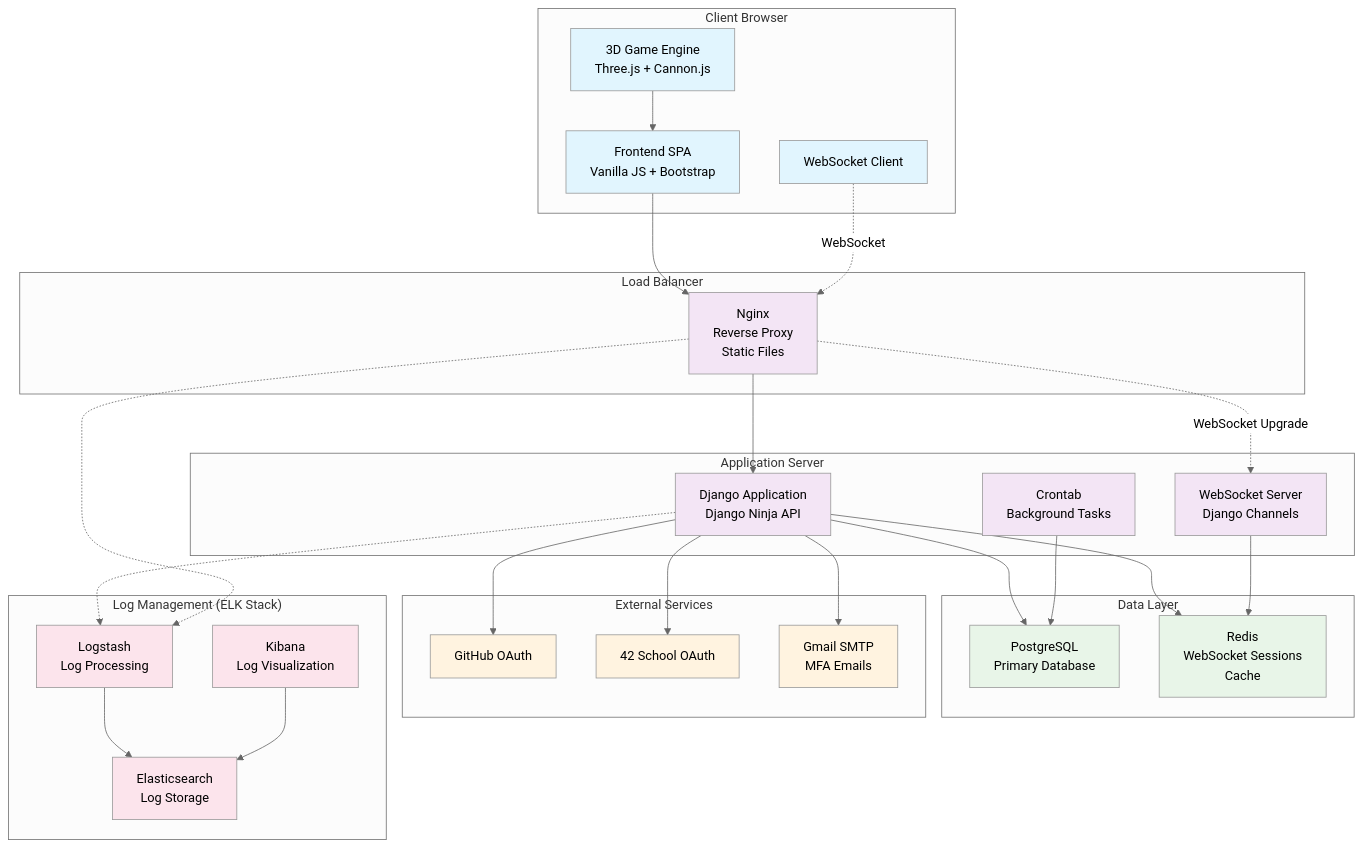
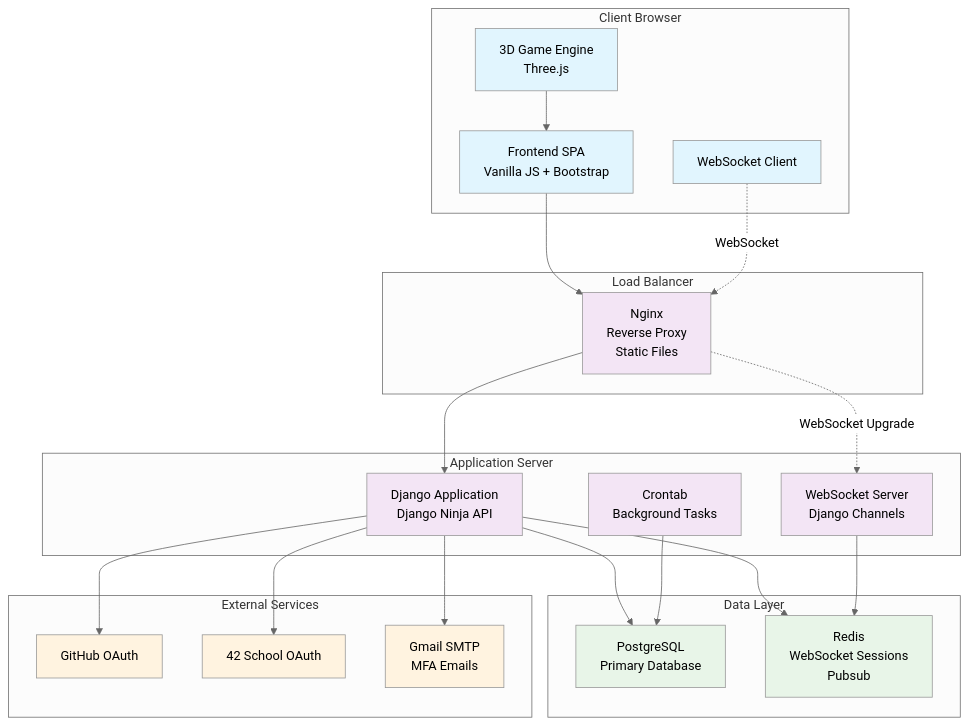
One commit to ysengoku/42-ft_transcendence changed the diagram in README.md. Above: the diagram before and after it, drawn with Mermaid (neutral theme). The commit also changed other lines of this file, not shown here.

Commit message:
doc: improvements to README

````diff
--- a/README.md
+++ b/README.md
@@ -118,74 +118,61 @@
 ```mermaid
 graph TB
     subgraph "Client Browser"
         UI[Frontend SPA<br/>Vanilla JS + Bootstrap]
         WS_CLIENT[WebSocket Client]
-        GAME_ENGINE[3D Game Engine<br/>Three.js + Cannon.js]
+        GAME_ENGINE[3D Game Engine<br/>Three.js]
     end
 
     subgraph "Load Balancer"
         NGINX[Nginx<br/>Reverse Proxy<br/>Static Files]
     end
 
     subgraph "Application Server"
         DJANGO[Django Application<br/>Django Ninja API]
         WS_SERVER[WebSocket Server<br/>Django Channels]
         CRON[Crontab<br/>Background Tasks]
     end
 
     subgraph "Data Layer"
         POSTGRES[PostgreSQL<br/>Primary Database]
-        REDIS[Redis<br/>WebSocket Sessions<br/>Cache]
+        REDIS[Redis<br/>WebSocket Sessions<br/>Pubsub]
     end
 
     subgraph "External Services"
         GITHUB[GitHub OAuth]
         FORTYTWO[42 School OAuth]
         GMAIL[Gmail SMTP<br/>MFA Emails]
-    end
-
-    subgraph "Log Management (ELK Stack)"
-        ELASTICSEARCH[Elasticsearch<br/>Log Storage]
-        LOGSTASH[Logstash<br/>Log Processing]
-        KIBANA[Kibana<br/>Log Visualization]
     end
 
     %% Client connections
     UI --> NGINX
     WS_CLIENT -.->|WebSocket| NGINX
     GAME_ENGINE --> UI
 
     %% Load balancer routing
     NGINX --> DJANGO
     NGINX -.->|WebSocket Upgrade| WS_SERVER
 
     %% Application layer
     DJANGO --> POSTGRES
     DJANGO --> REDIS
     WS_SERVER --> REDIS
     CRON --> POSTGRES
 
     %% External integrations
     DJANGO --> GITHUB
     DJANGO --> FORTYTWO
     DJANGO --> GMAIL
 
-    %% Logging flow
-    DJANGO -.-> LOGSTASH
-    NGINX -.-> LOGSTASH
-    LOGSTASH --> ELASTICSEARCH
-    KIBANA --> ELASTICSEARCH
-
     %% Styling
     classDef frontend fill:#e1f5fe
     classDef backend fill:#f3e5f5
     classDef database fill:#e8f5e8
     classDef external fill:#fff3e0
     classDef logs fill:#fce4ec
 
     class UI,WS_CLIENT,GAME_ENGINE frontend
     class NGINX,DJANGO,WS_SERVER,CRON backend
     class POSTGRES,REDIS database
     class GITHUB,FORTYTWO,GMAIL external
-    class ELASTICSEARCH,LOGSTASH,KIBANA logs
 ```
````
